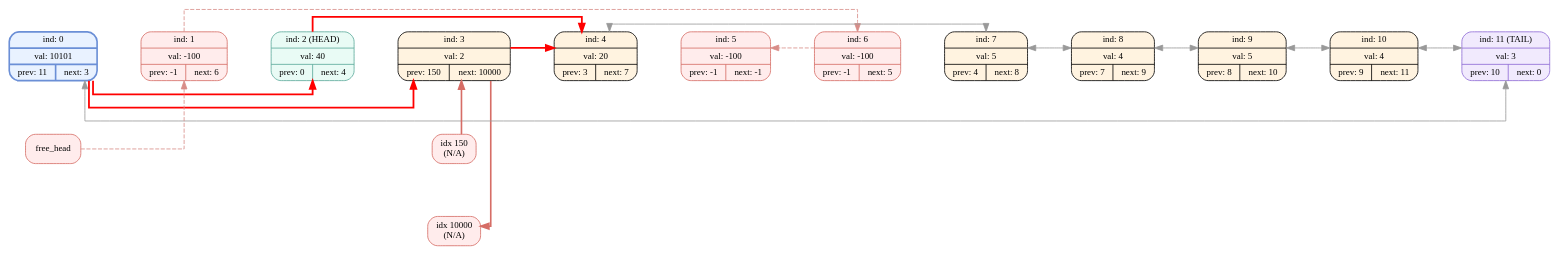
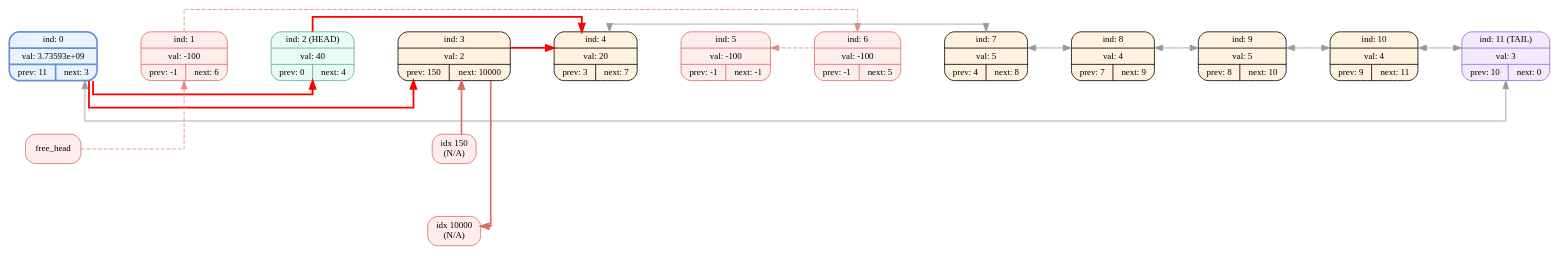
Before and after one commit to EvilTomato9890/DEAD_List: the diagram in dumps/dump_009.dot, drawn with Graphviz. The commit also changed 27 other files, not shown here.

```diff
--- a/dumps/dump_009.dot
+++ b/dumps/dump_009.dot
@@ -1,52 +1,52 @@
 digraph G{
   rankdir=LR;
   splines=ortho;
   nodesep=0.9;
   ranksep=0.75;
   node [fontname="Fira Mono",shape=record,style="filled,rounded",fontsize=11];
-  node_0[shape=record,label="ind: 0 | val: 10101 | { prev: 11 | next: 3 }",color="#6b8fd6",style="filled,bold,rounded",fillcolor="#e9f2ff"];
+  node_0[shape=record,label="ind: 0 | val: 3.73593e+09 | { prev: 11 | next: 3 }",color="#6b8fd6",style="filled,bold,rounded",fillcolor="#e9f2ff"];
   node_1[shape=record,label=" ind: 1 | val: -100 | { prev: -1 | next: 6 } ",style="filled,rounded",color="#d66d66",fillcolor="#ffecec"];
   node_2[shape=record,label=" ind: 2 (HEAD) | val: 40 | { prev: 0 | next: 4 } ",color="#5aa99b",fillcolor="#e9fbf5"];
   node_3[shape=record,label=" ind: 3 | val: 2 | { prev: 150 | next: 10000 } ",color="#000000",fillcolor="#fff3e0"];
   node_4[shape=record,label=" ind: 4 | val: 20 | { prev: 3 | next: 7 } ",color="#000000",fillcolor="#fff3e0"];
   node_5[shape=record,label=" ind: 5 | val: -100 | { prev: -1 | next: -1 } ",style="filled,rounded",color="#d66d66",fillcolor="#ffecec"];
   node_6[shape=record,label=" ind: 6 | val: -100 | { prev: -1 | next: 5 } ",style="filled,rounded",color="#d66d66",fillcolor="#ffecec"];
   node_7[shape=record,label=" ind: 7 | val: 5 | { prev: 4 | next: 8 } ",color="#000000",fillcolor="#fff3e0"];
   node_8[shape=record,label=" ind: 8 | val: 4 | { prev: 7 | next: 9 } ",color="#000000",fillcolor="#fff3e0"];
   node_9[shape=record,label=" ind: 9 | val: 5 | { prev: 8 | next: 10 } ",color="#000000",fillcolor="#fff3e0"];
   node_10[shape=record,label=" ind: 10 | val: 4 | { prev: 9 | next: 11 } ",color="#000000",fillcolor="#fff3e0"];
   node_11[shape=record,label=" ind: 11 (TAIL) | val: 3 | { prev: 10 | next: 0 } ",color="#8e6bd6",fillcolor="#f1eafd"];
   node_0 -> node_1 [weight=1000,style=invis];
   node_1 -> node_2 [weight=1000,style=invis];
   node_2 -> node_3 [weight=1000,style=invis];
   node_3 -> node_4 [weight=1000,style=invis];
   node_4 -> node_5 [weight=1000,style=invis];
   node_5 -> node_6 [weight=1000,style=invis];
   node_6 -> node_7 [weight=1000,style=invis];
   node_7 -> node_8 [weight=1000,style=invis];
   node_8 -> node_9 [weight=1000,style=invis];
   node_9 -> node_10 [weight=1000,style=invis];
   node_10 -> node_11 [weight=1000,style=invis];
   node_1 -> node_6 [color="#d88d88", style=dashed, constraint=false];
   node_6 -> node_5 [color="#d88d88", style=dashed, constraint=false];
   node_0 -> node_3 [color="#ff0000", penwidth=2.2, constraint=false];
   node_2 -> node_4 [color="#ff0000", penwidth=2.2, constraint=false];
   node_bad_n_3 [label="idx 10000\n(N/A)",shape=rectangle,style="filled,rounded",color="#d66d66",fillcolor="#ffecec"];
   node_3 -> node_bad_n_3 [style="bold", color="#d66d66", constraint=false];
   node_3 -> node_bad_n_3 [style=invis, constraint=true, weight=60, minlen=1];
   {rank=same; node_3; node_bad_n_3;}
   node_4 -> node_7 [dir=both, color="#999999", constraint=false];
   node_7 -> node_8 [dir=both, color="#999999", constraint=false];
   node_8 -> node_9 [dir=both, color="#999999", constraint=false];
   node_9 -> node_10 [dir=both, color="#999999", constraint=false];
   node_10 -> node_11 [dir=both, color="#999999", constraint=false];
   node_11 -> node_0 [dir=both, color="#999999", constraint=false];
   node_0 -> node_2 [color="#ff0000", penwidth=2.2, constraint=false];
   node_bad_p_3 [label="idx 150\n(N/A)",shape=rectangle,style="filled,rounded",color="#d66d66",fillcolor="#ffecec"];
   node_bad_p_3 -> node_3 [style="bold", color="#d66d66", constraint=false];
   node_3 -> node_bad_p_3 [style=invis, constraint=true, weight=60, minlen=1];
   {rank=same; node_3; node_bad_p_3;}
   node_3 -> node_4 [color="#ff0000", penwidth=2.2, constraint=false];
   node_free [label=free_head,color="#d66d66",shape=rectangle,style="filled,rounded",fillcolor="#ffecec"];
   node_free -> node_1 [color="#d88d88", style=dashed, constraint=false];
 }
```
